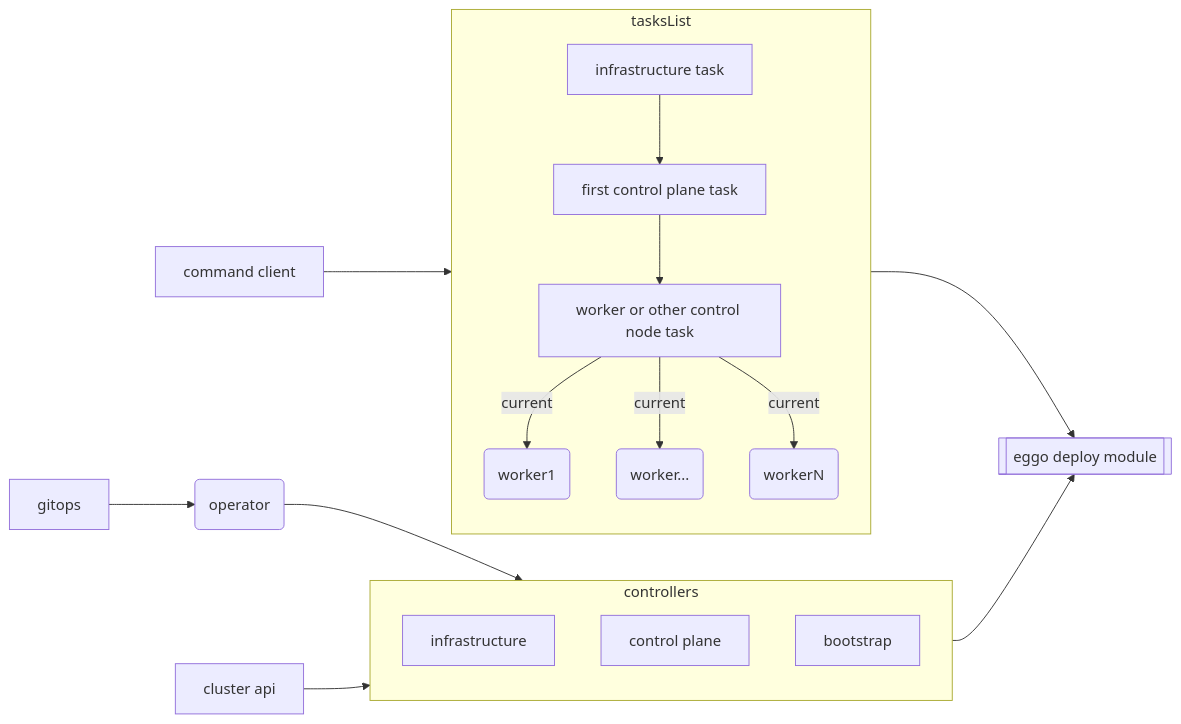
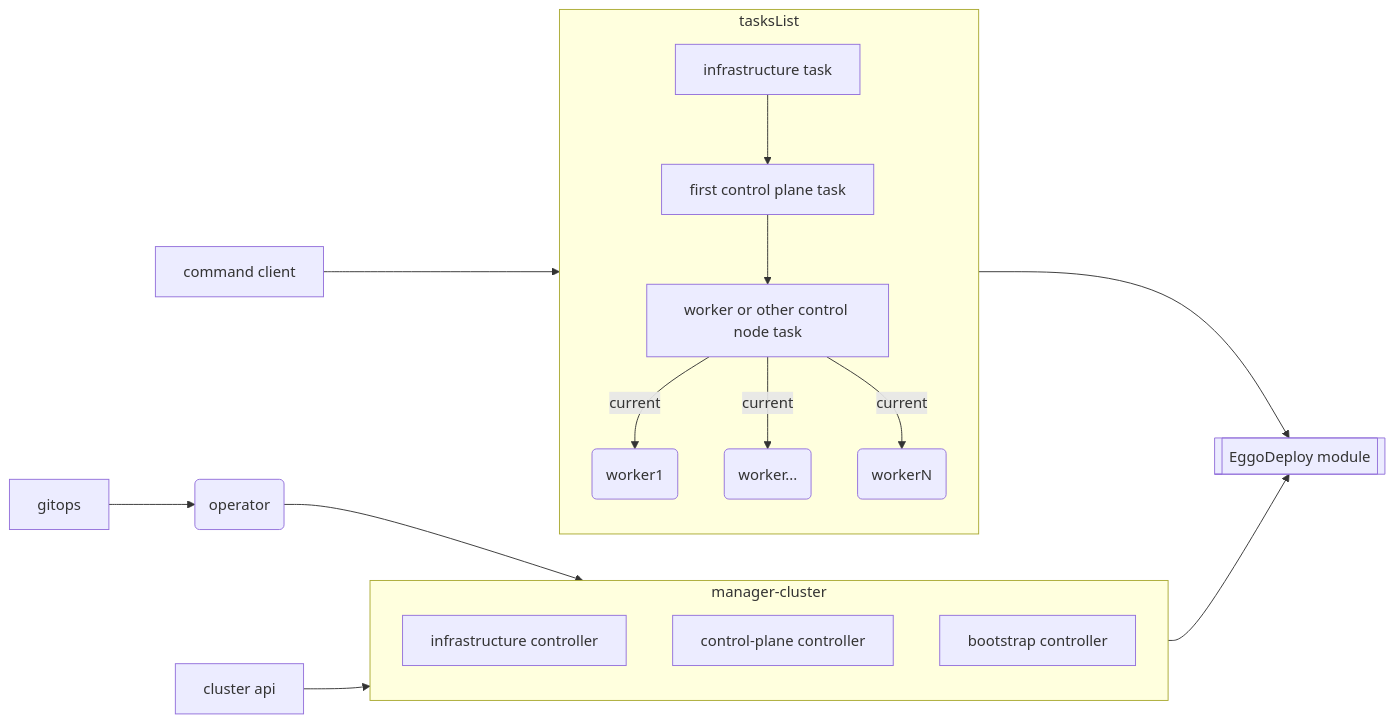
Before and after one commit to openeuler-mirror/eggo: the first of 8 diagrams in docs/raw_general_design.md, drawn with Mermaid. The commit also changed other lines of this file and 9 other files, not shown here.

````diff
--- a/docs/raw_general_design.md
+++ b/docs/raw_general_design.md
@@ -5,23 +5,23 @@
 ```mermaid
 flowchart LR
 	A[command client] --> tasksList
 	subgraph tasksList
 	BA[infrastructure task]
 	BA --> BB[first control plane task]
 	BB --> BC[worker or other control node task]
 	BC -->|current| BD(worker1)
 	BC -->|current| BE(worker...)
 	BC -->|current| BF(workerN)
 	end
-	tasksList --> C[[eggo deploy module]]
-	subgraph controllers
-	DA[infrastructure]
-	DB[control plane]
-	DC[bootstrap]
+	tasksList --> C[[EggoDeploy module]]
+	subgraph manager-cluster
+	DA[infrastructure controller]
+	DB[control-plane controller]
+	DC[bootstrap controller]
 	end
-	controllers --> C
+	manager-cluster --> C
 	gitops --> E(operator)
-	E --> controllers
-	F[cluster api] --> controllers
+	E --> manager-cluster
+	F[cluster api] --> manager-cluster
 	
 ```
````
